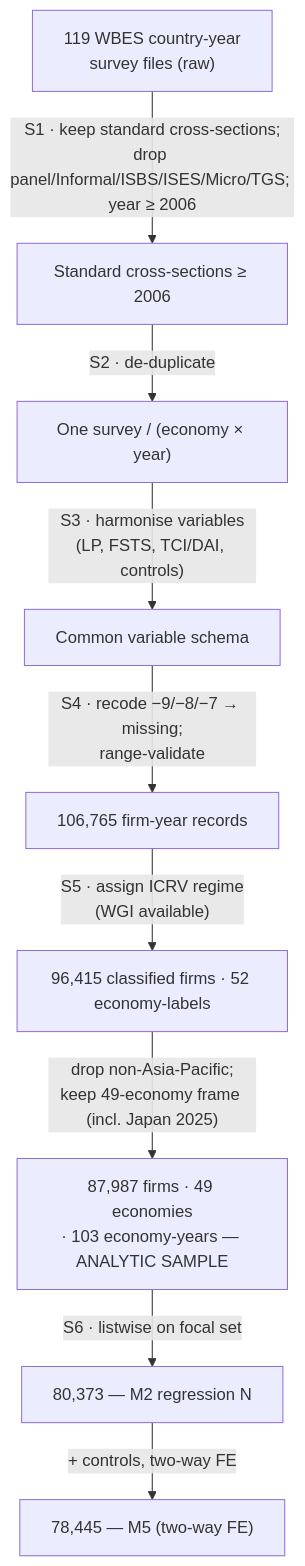
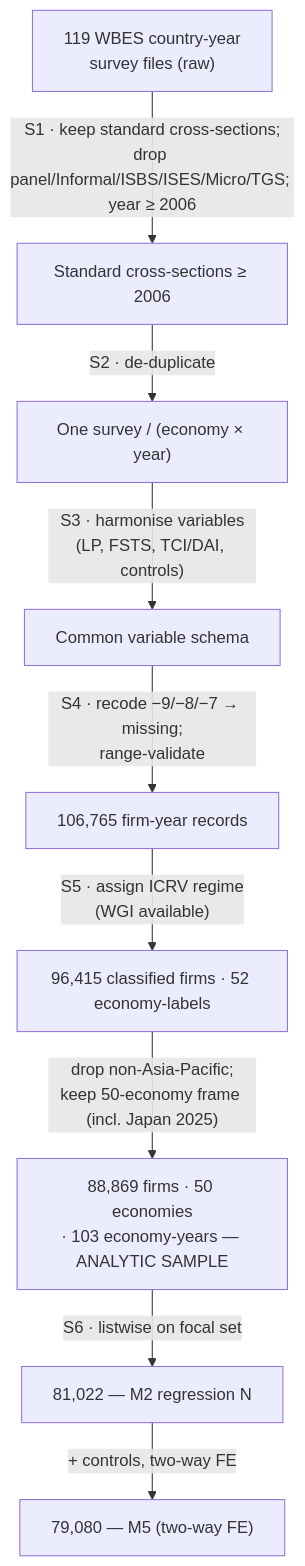
Before and after one commit to thuyhuongctu-cell/my_thesis_phd_candidate_26: the diagram in thesis/appendix_A_data_harmonisation_en.md, drawn with Mermaid. The commit also changed other lines of this file and 38 other files, not shown here.

````diff
--- a/thesis/appendix_A_data_harmonisation_en.md
+++ b/thesis/appendix_A_data_harmonisation_en.md
@@ -65,11 +65,11 @@
 ```mermaid
 flowchart TD
     A["119 WBES country-year<br/>survey files (raw)"] -->|"S1 · keep standard cross-sections;<br/>drop panel/Informal/ISBS/ISES/Micro/TGS; year ≥ 2006"| B["Standard cross-sections ≥ 2006"]
     B -->|"S2 · de-duplicate"| C["One survey / (economy × year)"]
     C -->|"S3 · harmonise variables<br/>(LP, FSTS, TCI/DAI, controls)"| D["Common variable schema"]
     D -->|"S4 · recode −9/−8/−7 → missing;<br/>range-validate"| E["106,765 firm-year records"]
     E -->|"S5 · assign ICRV regime<br/>(WGI available)"| F["96,415 classified firms · 52 economy-labels"]
-    F -->|"drop non-Asia-Pacific;<br/>keep 49-economy frame (incl. Japan 2025)"| G["87,987 firms · 49 economies<br/>· 103 economy-years — ANALYTIC SAMPLE"]
-    G -->|"S6 · listwise on focal set"| H["80,373 — M2 regression N"]
-    H -->|"+ controls, two-way FE"| I["78,445 — M5 (two-way FE)"]
+    F -->|"drop non-Asia-Pacific;<br/>keep 50-economy frame (incl. Japan 2025)"| G["88,869 firms · 50 economies<br/>· 103 economy-years — ANALYTIC SAMPLE"]
+    G -->|"S6 · listwise on focal set"| H["81,022 — M2 regression N"]
+    H -->|"+ controls, two-way FE"| I["79,080 — M5 (two-way FE)"]
 ```
````
